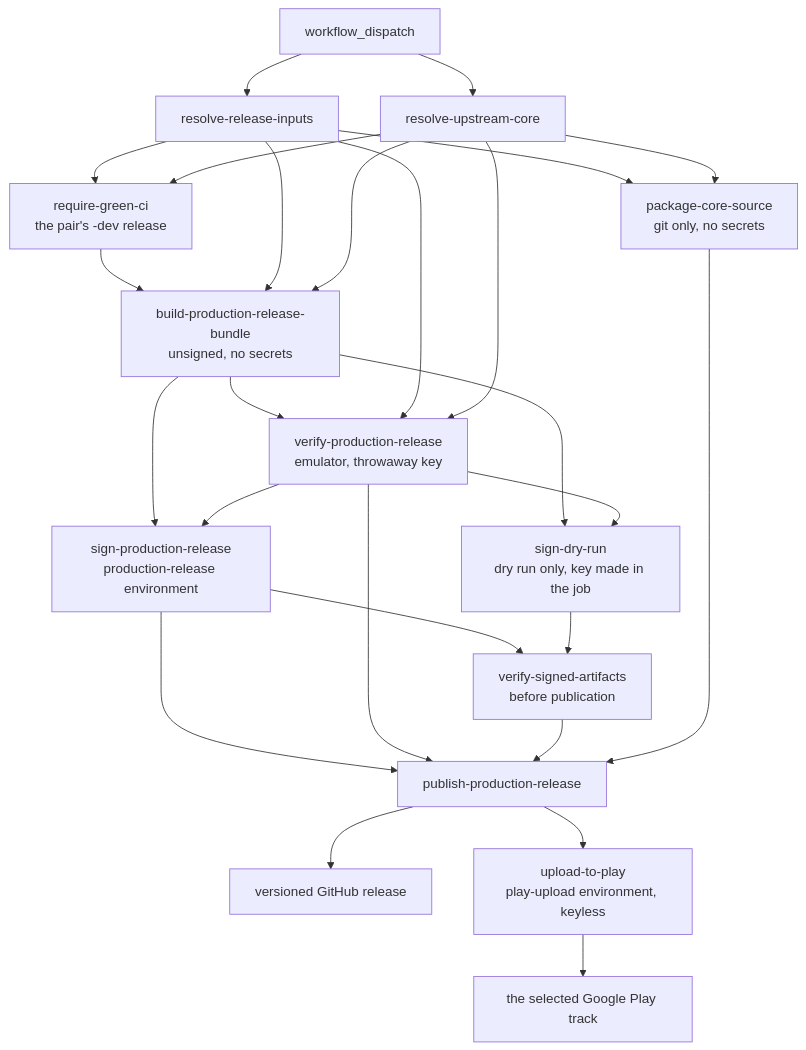
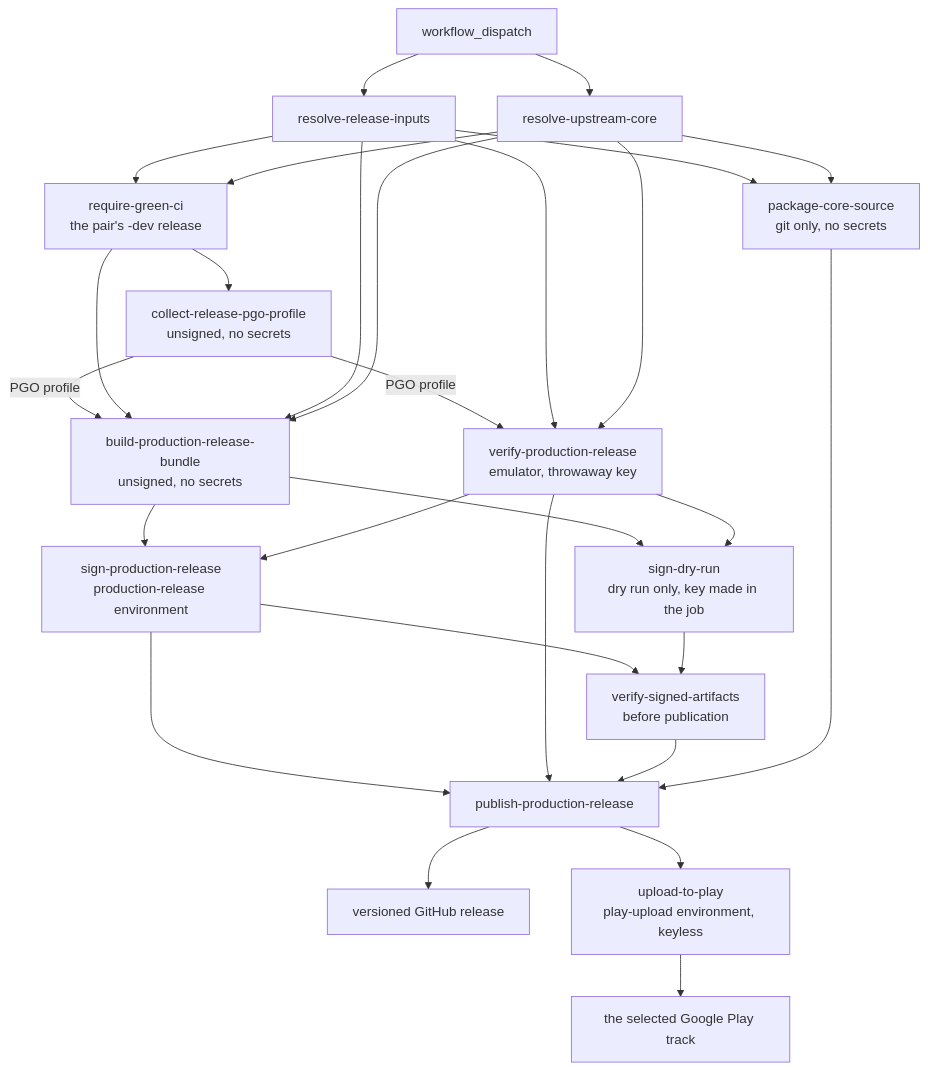
One commit to ppigazzini/r47zen changed the second of 2 diagrams in android/docs/dev/07-ci-and-release-workflow.md. Above: the diagram before and after it, drawn with Mermaid. The commit also changed other lines of this file and 8 other files, not shown here.

````diff
--- a/android/docs/dev/07-ci-and-release-workflow.md
+++ b/android/docs/dev/07-ci-and-release-workflow.md
@@ -853,43 +886,46 @@
 ```mermaid
 flowchart TD
   A[workflow_dispatch]
   B[resolve-release-inputs]
   C[resolve-upstream-core]
   G[require-green-ci<br/>the pair's -dev release]
+  O[collect-release-pgo-profile<br/>unsigned, no secrets]
   E[build-production-release-bundle<br/>unsigned, no secrets]
   S[sign-production-release<br/>production-release environment]
   D[sign-dry-run<br/>dry run only, key made in the job]
   V[verify-production-release<br/>emulator, throwaway key]
   SRC[package-core-source<br/>git only, no secrets]
   W[verify-signed-artifacts<br/>before publication]
   I[publish-production-release]
   J[versioned GitHub release]
   P[upload-to-play<br/>play-upload environment, keyless]
   K[the selected Google Play track]
 
   A --> B
   A --> C
   B --> G
   C --> G
+  G --> O
+  O -->|PGO profile| E
+  O -->|PGO profile| V
   G --> E
   B --> E
   C --> E
   E --> S
   E --> D
-  E --> V
   B --> V
   C --> V
   V --> S
   V --> D
   S --> W
   D --> W
   S --> I
   V --> I
   W --> I
   B --> SRC
   C --> SRC
   SRC --> I
   I --> J
   I --> P
   P --> K
 ```
````
